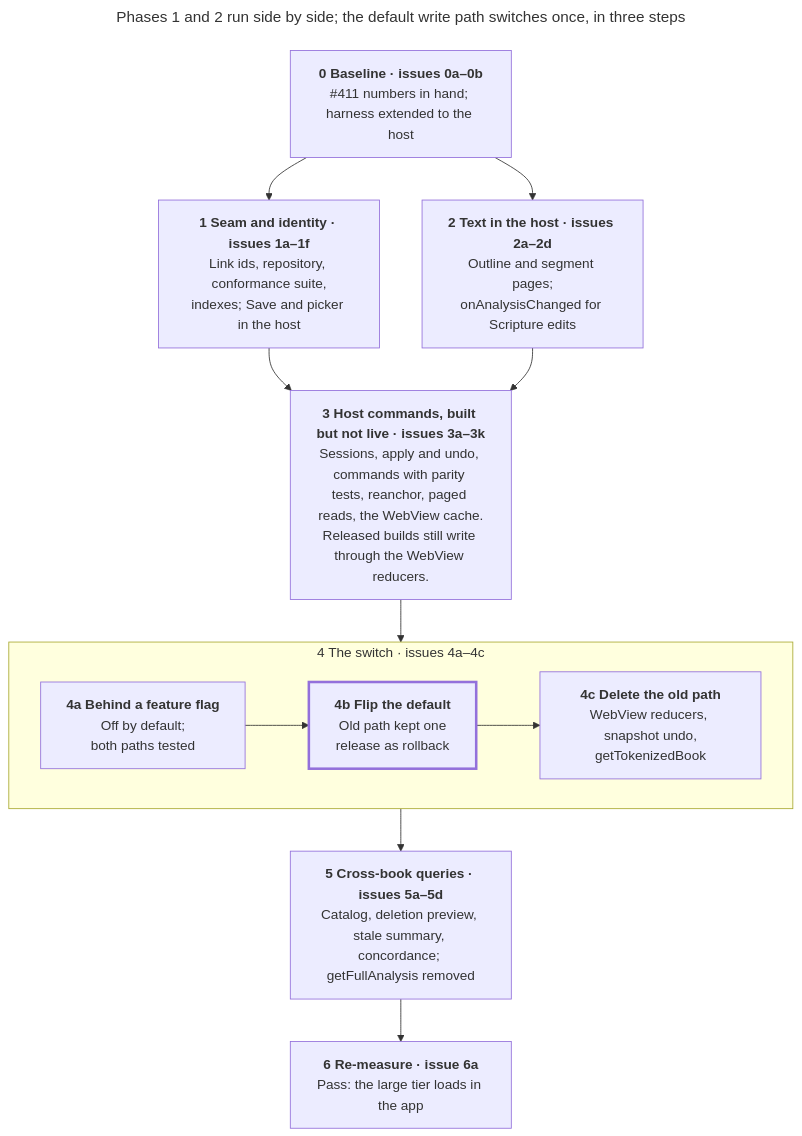
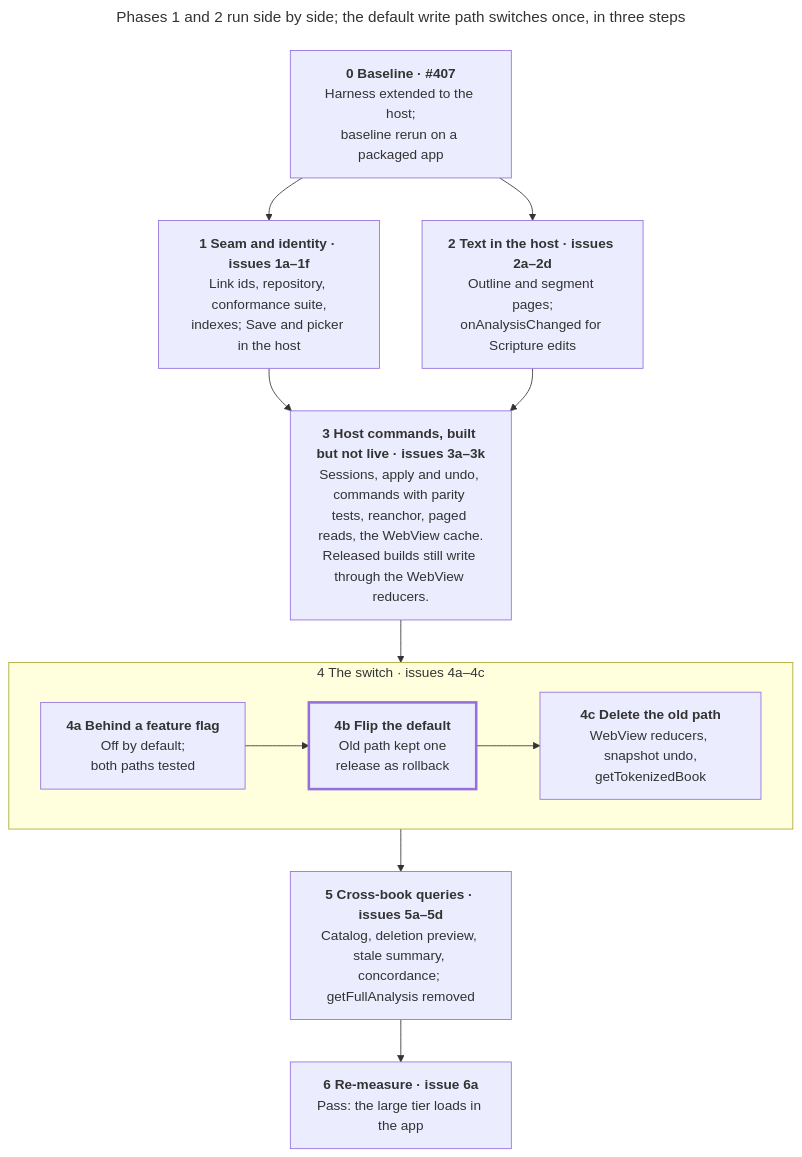
The second of 2 diagrams in docs/data-layer-plan/plan.md (sillsdev/interlinearizer-extension), drawn with Mermaid before and after one commit. The commit also changed other lines of this file and 1 other file, not shown here.

````diff
--- a/docs/data-layer-plan/plan.md
+++ b/docs/data-layer-plan/plan.md
@@ -106,24 +106,24 @@
 ```mermaid
 ---
 title: Phases 1 and 2 run side by side; the default write path switches once, in three steps
 ---
 flowchart TB
-  p0["<b>0 Baseline · issues 0a–0b</b><br/>#411 numbers in hand; harness extended to the host"]
+  p0["<b>0 Baseline · #407</b><br/>Harness extended to the host;<br/>baseline rerun on a packaged app"]
   p1["<b>1 Seam and identity · issues 1a–1f</b><br/>Link ids, repository, conformance suite,<br/>indexes; Save and picker in the host"]
   p2["<b>2 Text in the host · issues 2a–2d</b><br/>Outline and segment pages;<br/>onAnalysisChanged for Scripture edits"]
   p3["<b>3 Host commands, built but not live · issues 3a–3k</b><br/>Sessions, apply and undo, commands with parity tests, reanchor, paged reads, the WebView cache.<br/>Released builds still write through the WebView reducers."]
   subgraph p4["4 The switch · issues 4a–4c"]
     direction LR
     p4a["<b>4a Behind a feature flag</b><br/>Off by default;<br/>both paths tested"]
     p4b["<b>4b Flip the default</b><br/>Old path kept one<br/>release as rollback"]
     p4c["<b>4c Delete the old path</b><br/>WebView reducers, snapshot undo,<br/>getTokenizedBook"]
     p4a --> p4b --> p4c
   end
   p5["<b>5 Cross-book queries · issues 5a–5d</b><br/>Catalog, deletion preview, stale summary, concordance; getFullAnalysis removed"]
   p6["<b>6 Re-measure · issue 6a</b><br/>Pass: the large tier loads in the app"]
   p0 --> p1 & p2
   p1 & p2 --> p3
   p3 --> p4 --> p5 --> p6
   classDef flip stroke-width:3px
   class p4b flip
 ```
````
